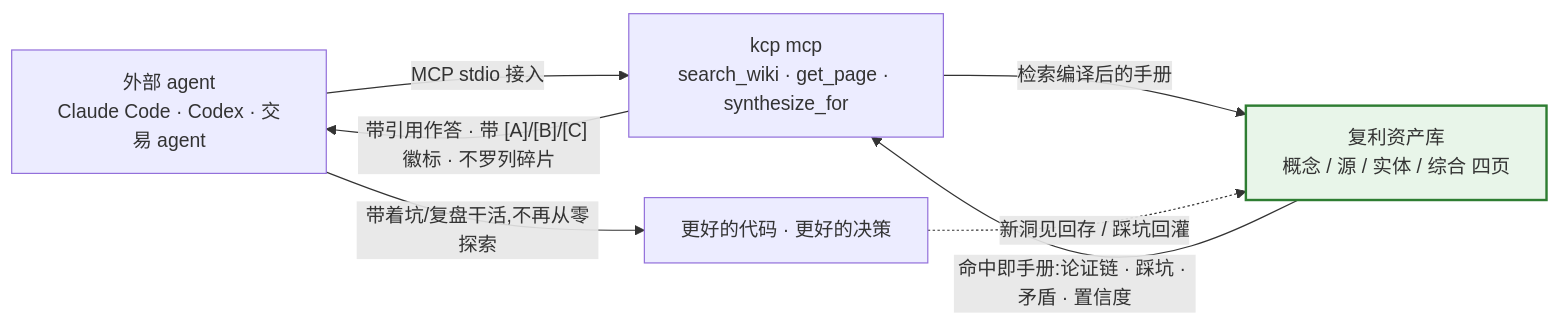
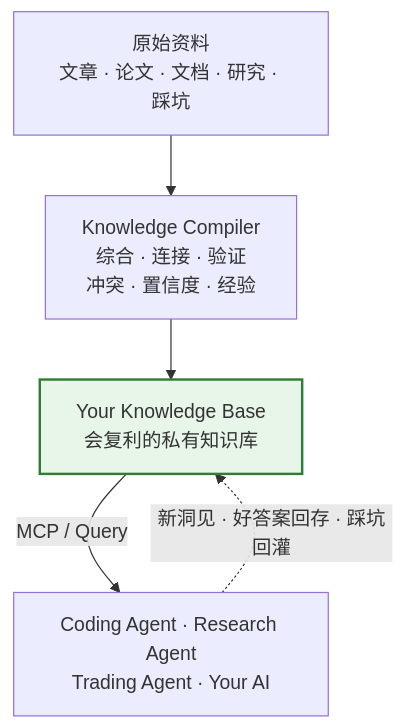
One commit to gcc2ge/knowledge-compounder changed the first of 5 diagrams in README.md. Above: the diagram before and after it, drawn with Mermaid. The commit also changed other lines of this file, not shown here.

````diff
--- a/README.md
+++ b/README.md
@@ -29,15 +40,15 @@
 ```mermaid
-graph LR
-    A["外部 agent<br/>Claude Code · Codex · 交易 agent"]
-    B["kcp mcp<br/>search_wiki · get_page · synthesize_for"]
-    C["复利资产库<br/>概念 / 源 / 实体 / 综合 四页"]
+graph TB
+    IN["原始资料<br/>文章 · 论文 · 文档 · 研究 · 踩坑"]
+    COMP["Knowledge Compiler<br/>综合 · 连接 · 验证<br/>冲突 · 置信度 · 经验"]
+    KB["Your Knowledge Base<br/>会复利的私有知识库"]
+    USE["Coding Agent · Research Agent<br/>Trading Agent · Your AI"]
 
-    A -->|MCP stdio 接入| B -->|检索编译后的手册| C
-    C -->|"命中即手册:论证链 · 踩坑 · 矛盾 · 置信度"| B
-    B -->|"带引用作答 · 带 [A]/[B]/[C] 徽标 · 不罗列碎片"| A
-    A -->|"带着坑/复盘干活,不再从零探索"| D["更好的代码 · 更好的决策"]
-    D -.->|"新洞见回存 / 踩坑回灌"| C
+    IN --> COMP
+    COMP --> KB
+    KB -->|MCP / Query| USE
+    USE -.->|新洞见 · 好答案回存 · 踩坑回灌| KB
 
     classDef asset fill:#e8f5e9,stroke:#2e7d32,stroke-width:2px
-    class C asset
+    class KB asset
 ```
````
